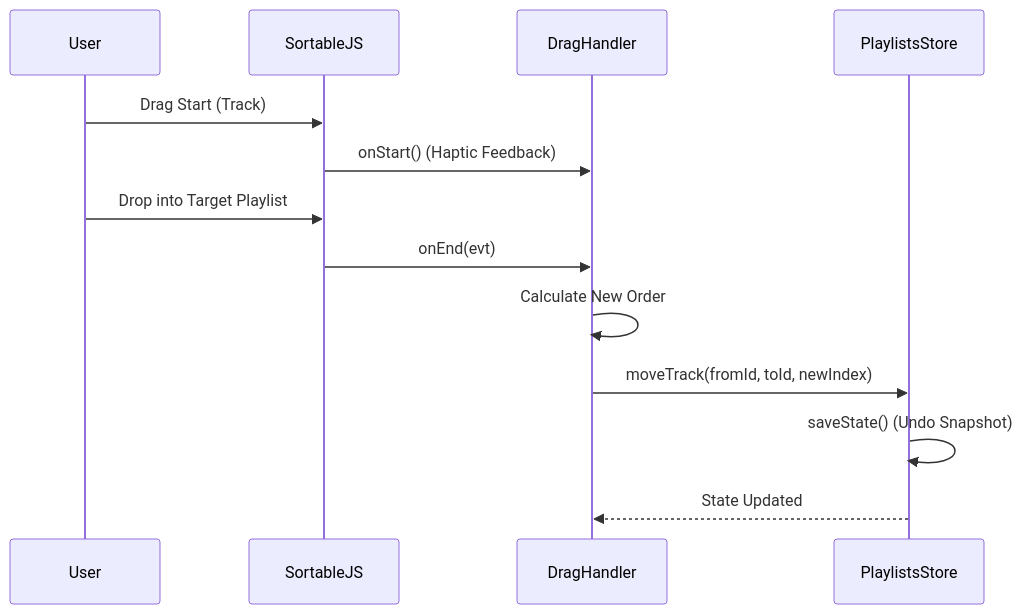
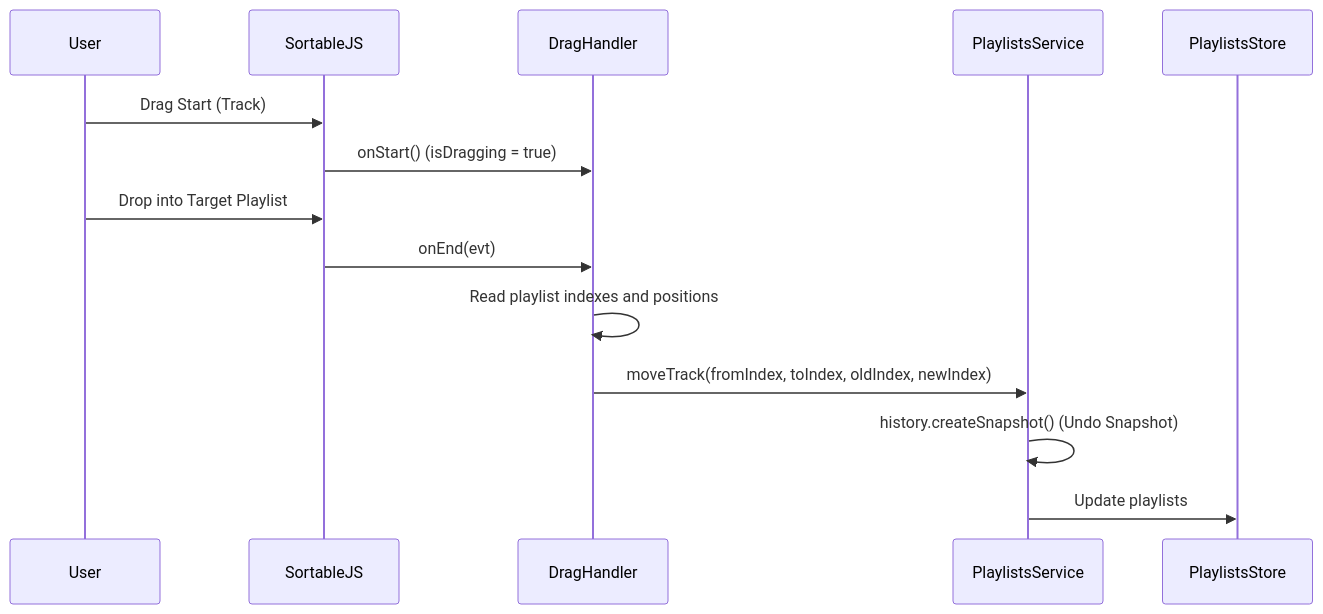
The diagram in docs/manual/15_Frontend_Components_Blend_Wizard.md (maujrp99/MJRP_AlbumsBalancedPlaylists_v0), drawn with Mermaid before and after one commit. The commit also changed other lines of this file and 22 other files, not shown here.

````diff
--- a/docs/manual/15_Frontend_Components_Blend_Wizard.md
+++ b/docs/manual/15_Frontend_Components_Blend_Wizard.md
@@ -38,18 +39,19 @@
 ```mermaid
 sequenceDiagram
     participant User
     participant DOM as SortableJS
     participant Handler as DragHandler
+    participant Service as PlaylistsService
     participant Store as PlaylistsStore
 
     User->>DOM: Drag Start (Track)
-    DOM->>Handler: onStart() (Haptic Feedback)
+    DOM->>Handler: onStart() (isDragging = true)
     
     User->>DOM: Drop into Target Playlist
     DOM->>Handler: onEnd(evt)
     
-    Handler->>Handler: Calculate New Order
-    Handler->>Store: moveTrack(fromId, toId, newIndex)
-    Store->>Store: saveState() (Undo Snapshot)
-    Store-->>Handler: State Updated
+    Handler->>Handler: Read playlist indexes and positions
+    Handler->>Service: moveTrack(fromIndex, toIndex, oldIndex, newIndex)
+    Service->>Service: history.createSnapshot() (Undo Snapshot)
+    Service->>Store: Update playlists
 ```
````
